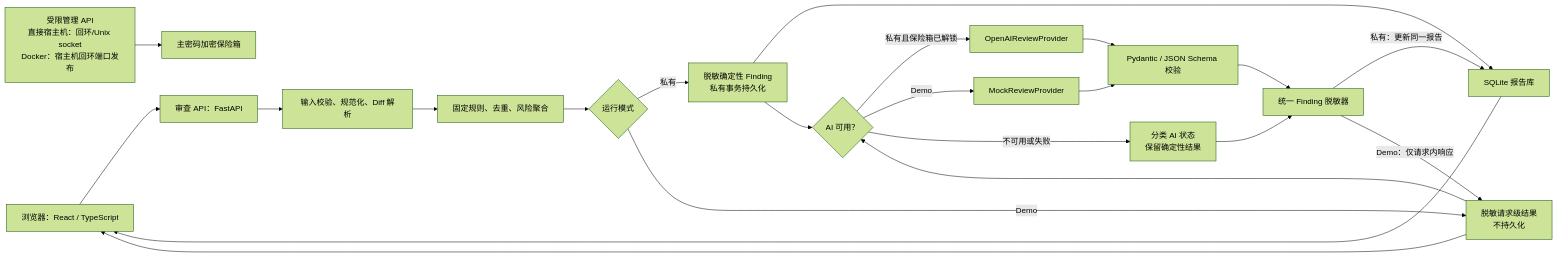
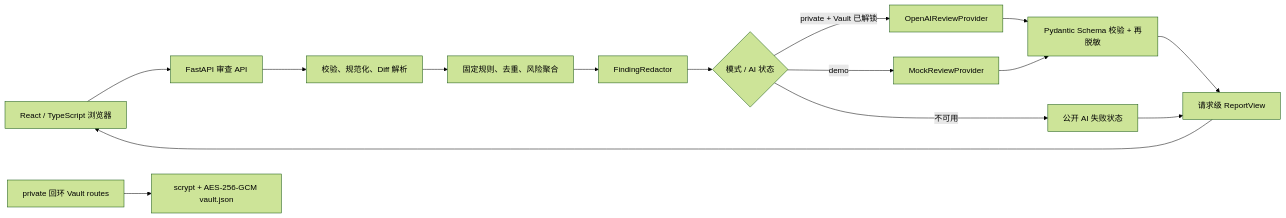
One commit to LiXiaozhou0222/reviewlens-ai4se changed the diagram in SPEC.md. Above: the diagram before and after it, drawn with Mermaid (forest theme). The commit also changed other lines of this file and 4 other files, not shown here.

````diff
--- a/SPEC.md
+++ b/SPEC.md
@@ -59,24 +50,17 @@
 ```mermaid
 flowchart LR
-  U["浏览器：React / TypeScript"] --> I["审查 API：FastAPI"]
-  I --> V["输入校验、规范化、Diff 解析"]
+  U["React / TypeScript 浏览器"] --> I["FastAPI 审查 API"]
+  I --> V["校验、规范化、Diff 解析"]
   V --> R["固定规则、去重、风险聚合"]
-  R --> M{"运行模式"}
-  M -->|"私有"| P["脱敏确定性 Finding\n私有事务持久化"]
-  M -->|"Demo"| N["脱敏请求级结果\n不持久化"]
-  P --> DB["SQLite 报告库"]
-  P --> A{"AI 可用？"}
-  N --> A
-  A -->|"私有且保险箱已解锁"| O["OpenAIReviewProvider"]
-  A -->|"Demo"| K["MockReviewProvider"]
-  A -->|"不可用或失败"| E["分类 AI 状态\n保留确定性结果"]
-  O --> S["Pydantic / JSON Schema 校验"]
-  K --> S
-  S --> D["统一 Finding 脱敏器"]
-  E --> D
-  D -->|"私有：更新同一报告"| DB
-  D -->|"Demo：仅请求内响应"| N
-  DB --> U
-  N --> U
-  C["受限管理 API\n直接宿主机：回环/Unix socket\nDocker：宿主机回环端口发布"] --> Vault["主密码加密保险箱"]
+  R --> X["FindingRedactor"]
+  X --> A{"模式 / AI 状态"}
+  A -->|"private + Vault 已解锁"| O["OpenAIReviewProvider"]
+  A -->|"demo"| M["MockReviewProvider"]
+  A -->|"不可用"| F["公开 AI 失败状态"]
+  O --> S["Pydantic Schema 校验 + 再脱敏"]
+  M --> S
+  S --> Q["请求级 ReportView"]
+  F --> Q
+  Q --> U
+  C["private 回环 Vault routes"] --> W["scrypt + AES-256-GCM vault.json"]
 ```
````
